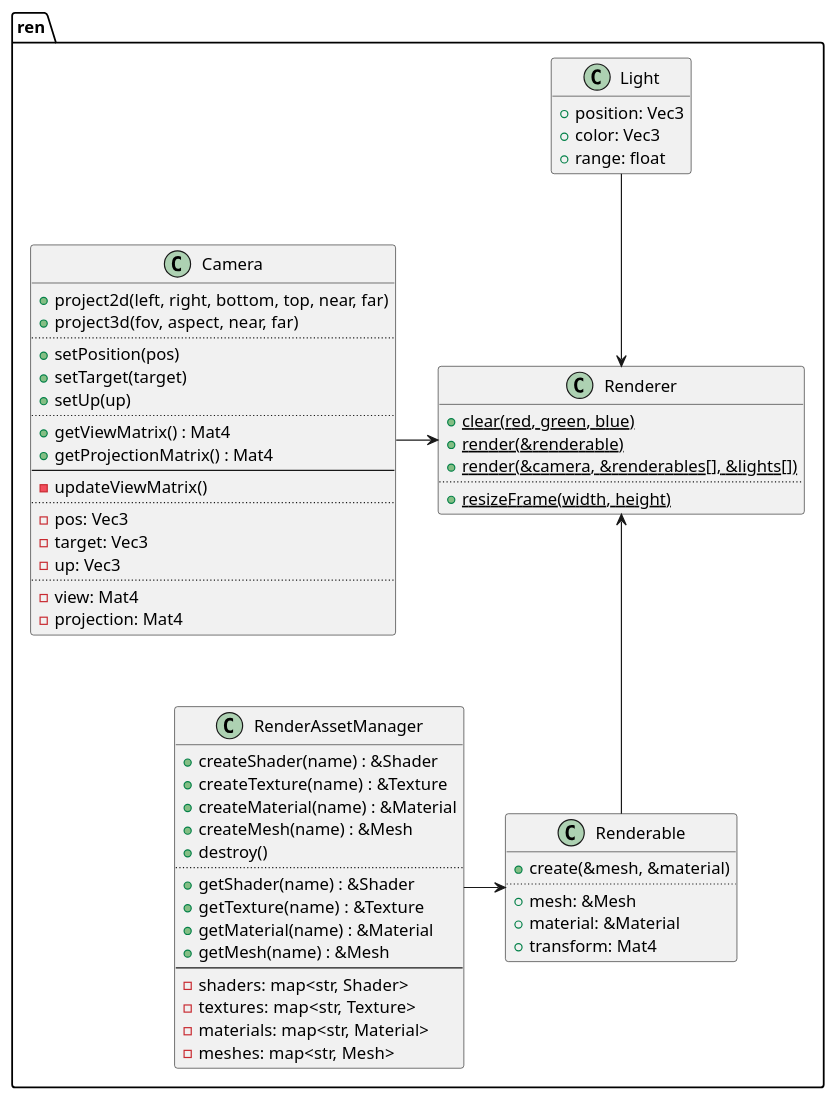
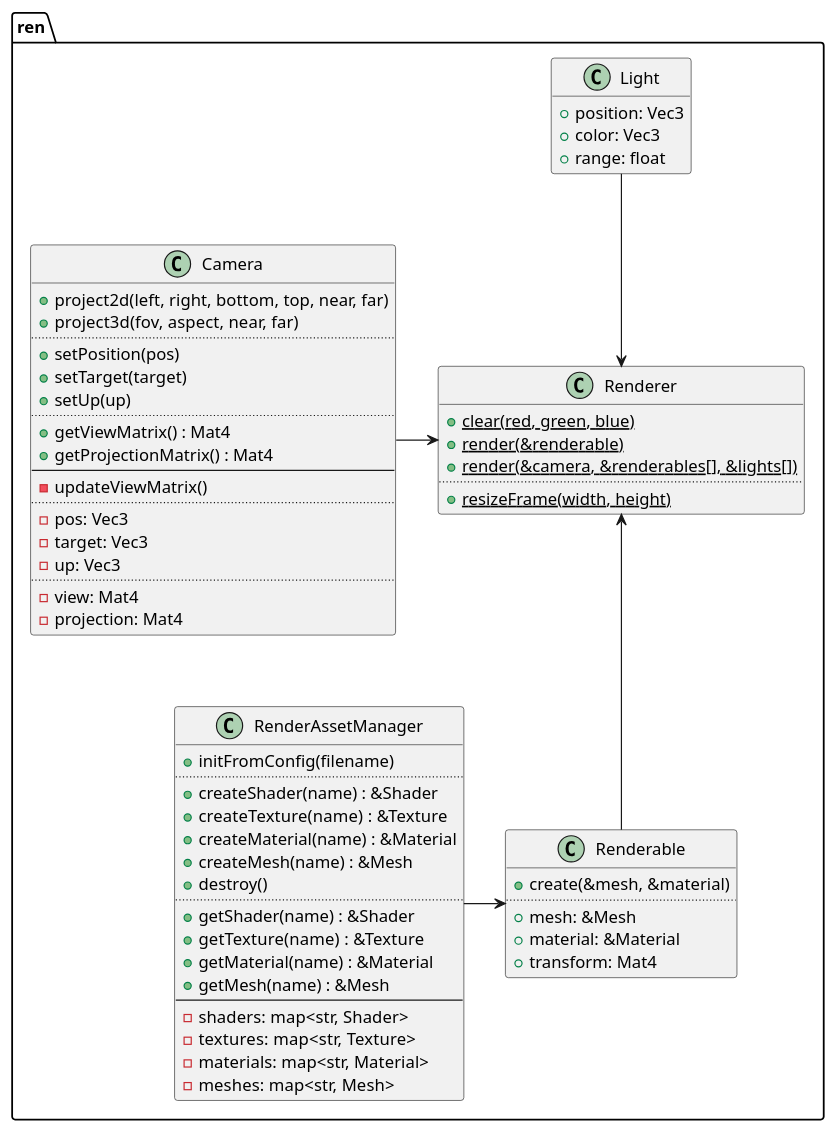
One commit to ba6er/marblemaze changed the diagram in design/uml/renderer.puml. Above: the diagram before and after it, drawn with PlantUML. The commit also changed 5 other files, not shown here.

Commit message:
Added initFromConfig to RAM

```diff
--- a/design/uml/renderer.puml
+++ b/design/uml/renderer.puml
@@ -1,73 +1,75 @@
 @startuml
 set separator ::
 
 class ren::RenderAssetManager {
+	+initFromConfig(filename)
+	..
 	+createShader(name) : &Shader
 	+createTexture(name) : &Texture
 	+createMaterial(name) : &Material
 	+createMesh(name) : &Mesh
 	+destroy()
 	..
 	+getShader(name) : &Shader
 	+getTexture(name) : &Texture
 	+getMaterial(name) : &Material
 	+getMesh(name) : &Mesh
 	--
 	-shaders: map<str, Shader>
 	-textures: map<str, Texture>
 	-materials: map<str, Material>
 	-meshes: map<str, Mesh>
 }
 
 class ren::Renderable {
 	+create(&mesh, &material)
 	..
 	+mesh: &Mesh
 	+material: &Material
 	+transform: Mat4
 }
 
 class ren::Camera {
 	+project2d(left, right, bottom, top, near, far)
 	+project3d(fov, aspect, near, far)
 	..
 	+setPosition(pos)
 	+setTarget(target)
 	+setUp(up)
 	..
 	+getViewMatrix() : Mat4
 	+getProjectionMatrix() : Mat4
 	--
 	-updateViewMatrix()
 	..
 	-pos: Vec3
 	-target: Vec3
 	-up: Vec3
 	..
 	-view: Mat4
 	-projection: Mat4
 }
 
 class ren::Light {
 	+position: Vec3
 	+color: Vec3
 	+range: float
 }
 hide Light methods
 
 class ren::Renderer {
 	{static} +clear(red, green, blue)
 	{static} +render(&renderable)
 	{static} +render(&camera, &renderables[], &lights[])
 	..
 	{static} +resizeFrame(width, height)
 }
 hide Renderer fields
 
 Renderable <-left- RenderAssetManager
 
 Renderer <-down- Renderable
 Renderer <-left- Camera
 Renderer <-up- Light
 
 @enduml
```
